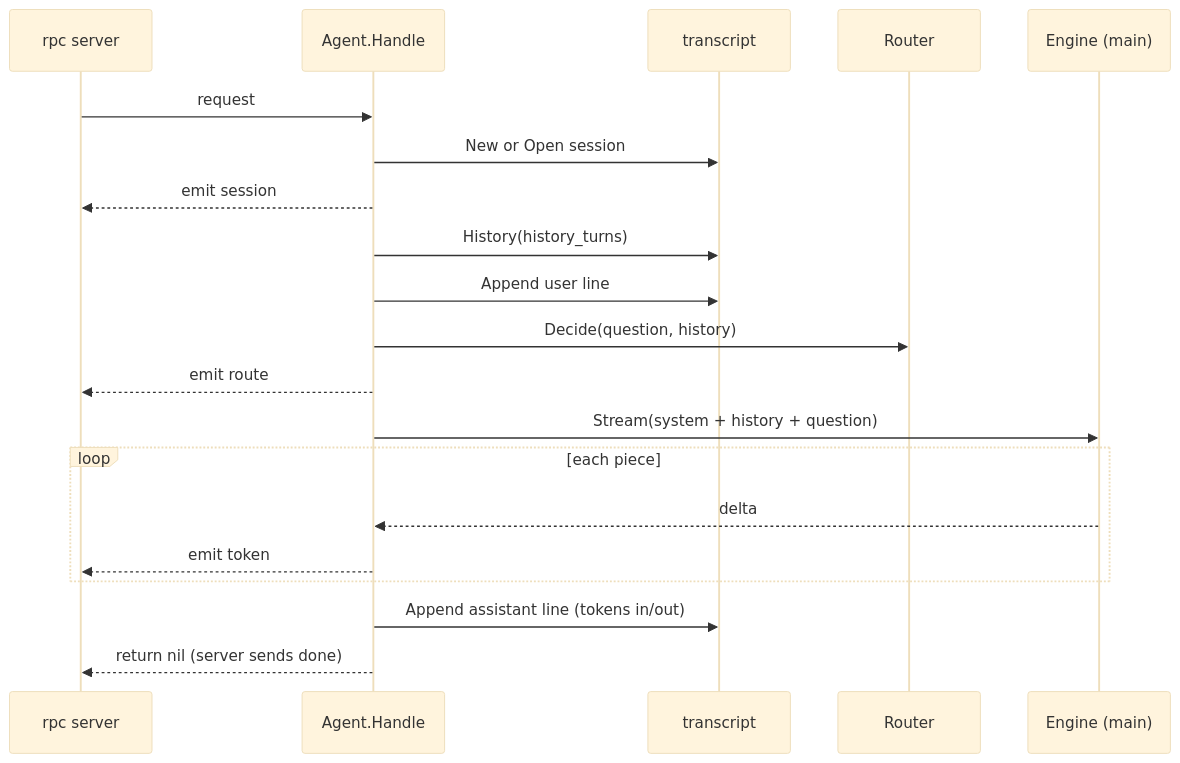
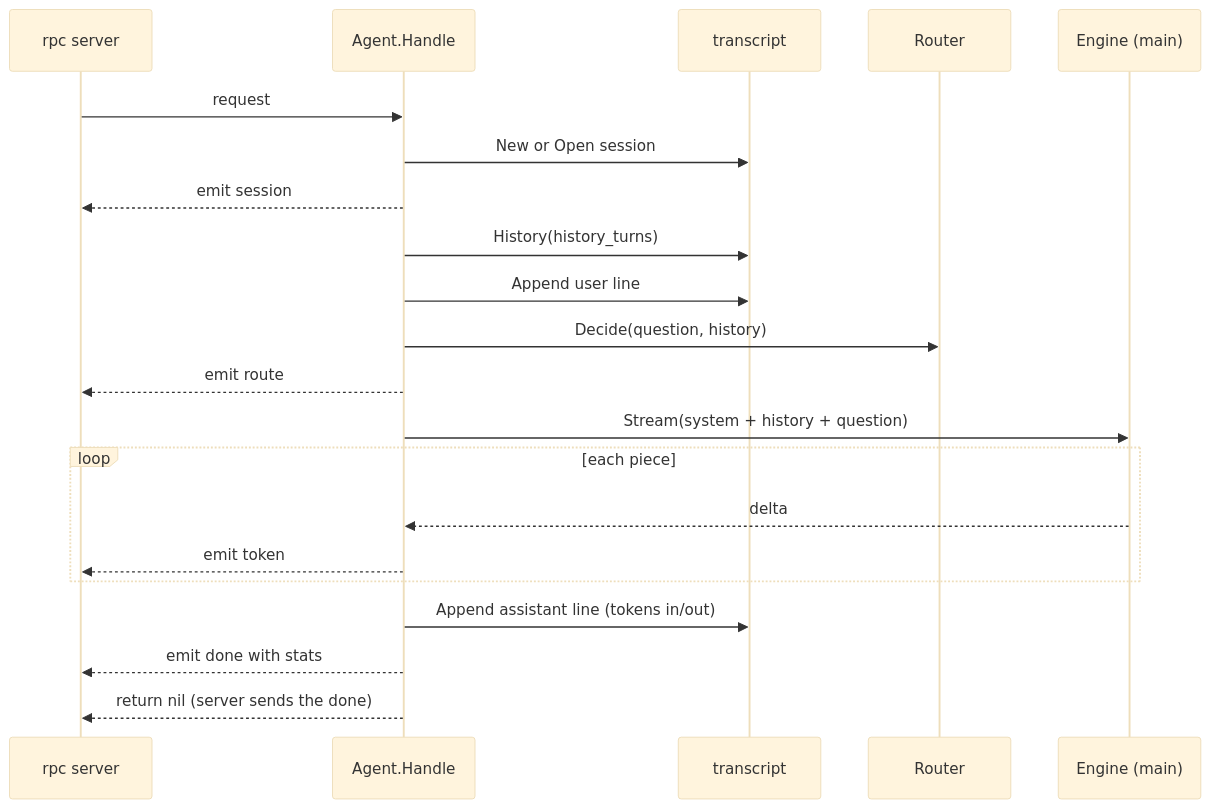
Before and after one commit to aarora79/meru: the diagram in docs/coding-notes/agent.md, drawn with Mermaid (base theme). The commit also changed other lines of this file and 30 other files, not shown here.

````diff
--- a/docs/coding-notes/agent.md
+++ b/docs/coding-notes/agent.md
@@ -19,22 +19,23 @@
 ```mermaid
 sequenceDiagram
     participant S as rpc server
     participant A as Agent.Handle
     participant T as transcript
     participant R as Router
     participant E as Engine (main)
     S->>A: request
     A->>T: New or Open session
     A-->>S: emit session
     A->>T: History(history_turns)
     A->>T: Append user line
     A->>R: Decide(question, history)
     A-->>S: emit route
     A->>E: Stream(system + history + question)
     loop each piece
         E-->>A: delta
         A-->>S: emit token
     end
     A->>T: Append assistant line (tokens in/out)
-    A-->>S: return nil (server sends done)
+    A-->>S: emit done with stats
+    A-->>S: return nil (server sends the done)
 ```
````
